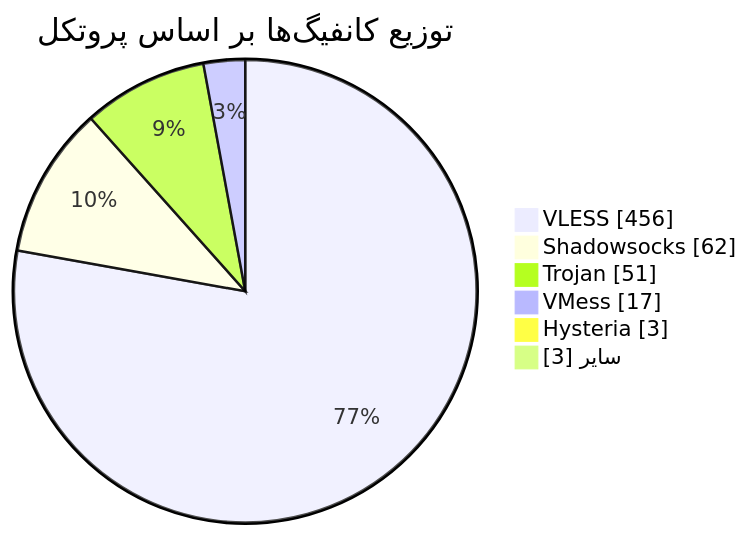
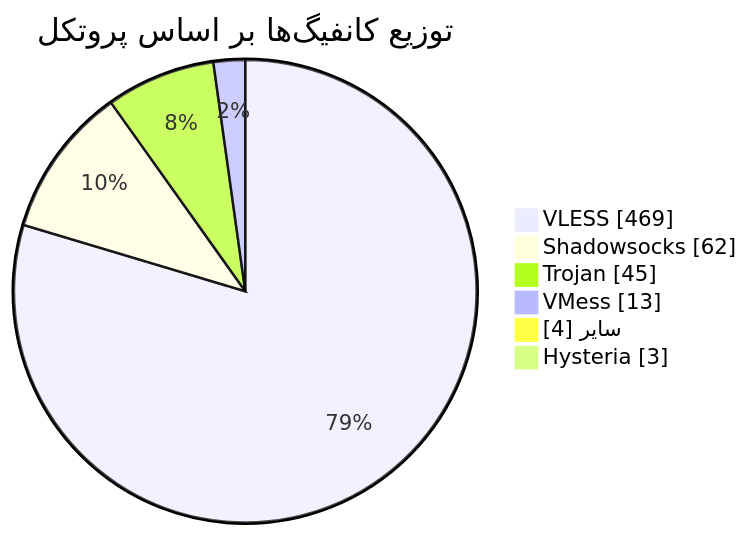
Before and after one commit to Arian-Alijani/Somthing: the diagram in README.md, drawn with Mermaid. The commit also changed other lines of this file and 17 other files, not shown here.

````diff
--- a/README.md
+++ b/README.md
@@ -48,10 +48,10 @@
 ```mermaid
 pie showData
     title توزیع کانفیگ‌ها بر اساس پروتکل
-    "VLESS" : 456
+    "VLESS" : 469
     "Shadowsocks" : 62
-    "Trojan" : 51
-    "VMess" : 17
+    "Trojan" : 45
+    "VMess" : 13
+    "سایر" : 4
     "Hysteria" : 3
-    "سایر" : 3
 ```
````
